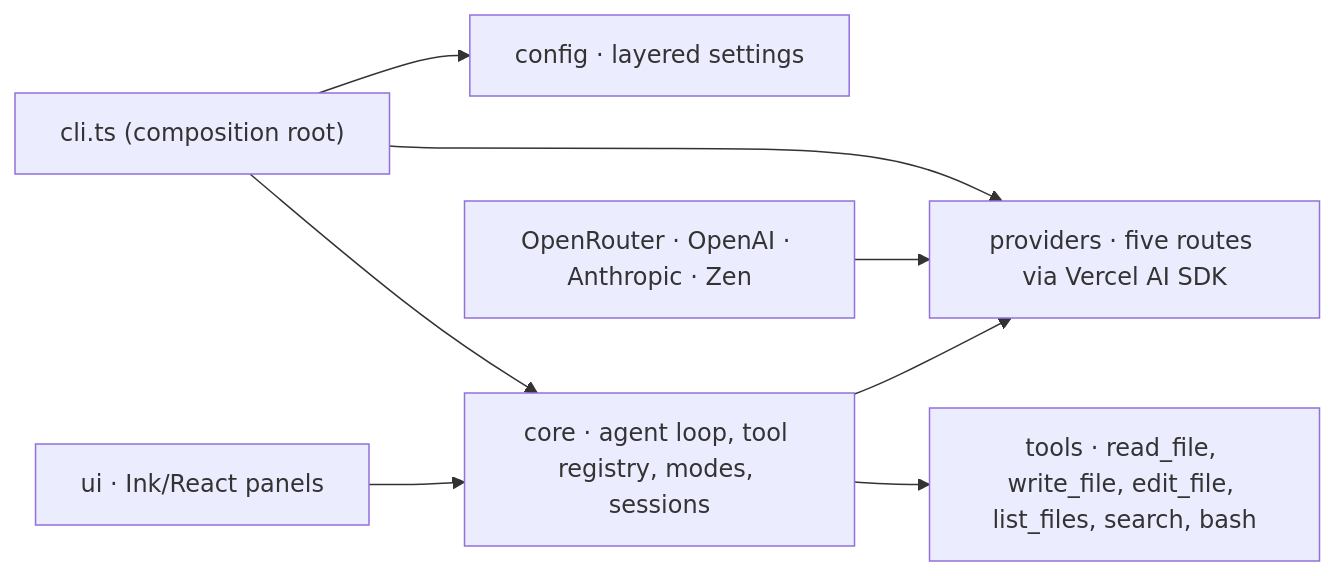
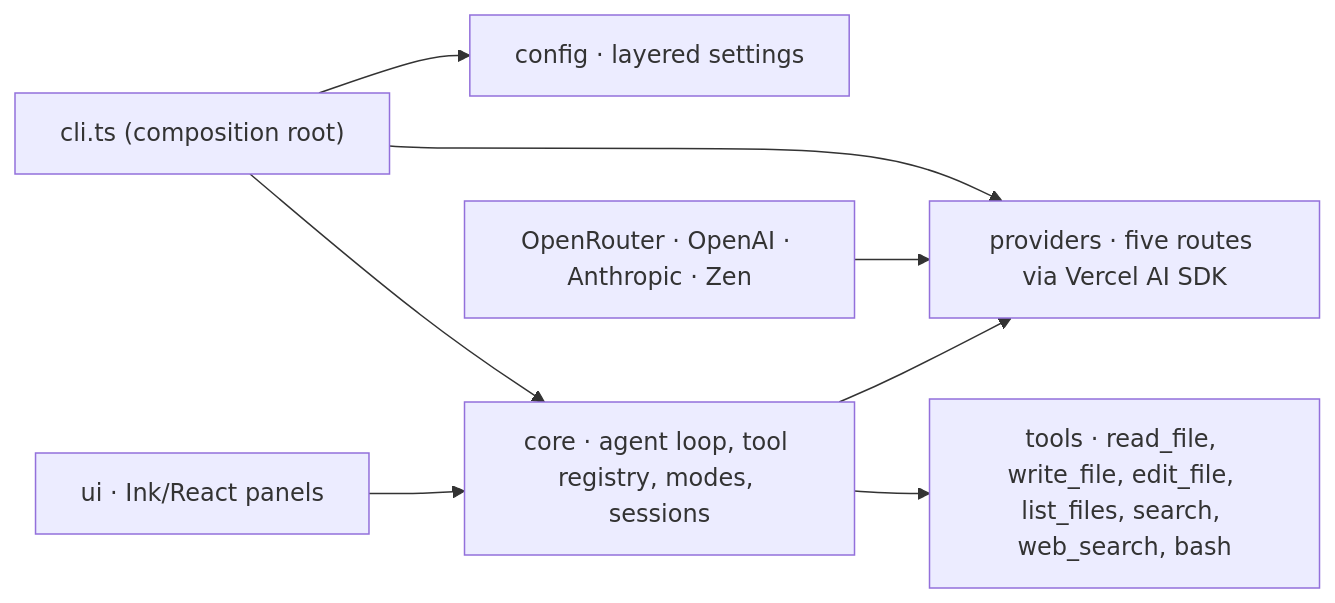
Before and after one commit to Vishesh-Verma-07/ViCode: the diagram in README.md, drawn with Mermaid. The commit also changed other lines of this file and 12 other files, not shown here.

````diff
--- a/README.md
+++ b/README.md
@@ -303,10 +318,10 @@
 ```mermaid
 flowchart LR
     CLI["cli.ts (composition root)"] --> CONFIG["config · layered settings"]
     CLI --> PROVIDER["providers · five routes via Vercel AI SDK"]
     CLI --> CORE["core · agent loop, tool registry, modes, sessions"]
     CORE --> PROVIDER
-    CORE --> TOOLS["tools · read_file, write_file, edit_file, list_files, search, bash"]
+    CORE --> TOOLS["tools · read_file, write_file, edit_file, list_files, search, web_search, bash"]
     UI["ui · Ink/React panels"] --> CORE
     PROVIDERS["OpenRouter · OpenAI · Anthropic · Zen"] --> PROVIDER
 ```
````
